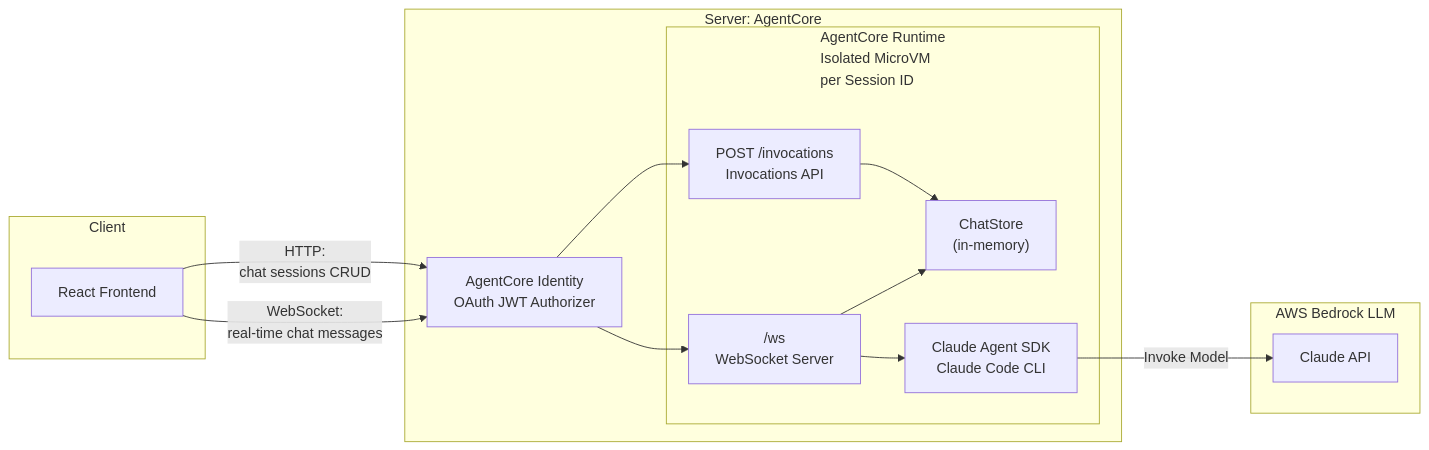
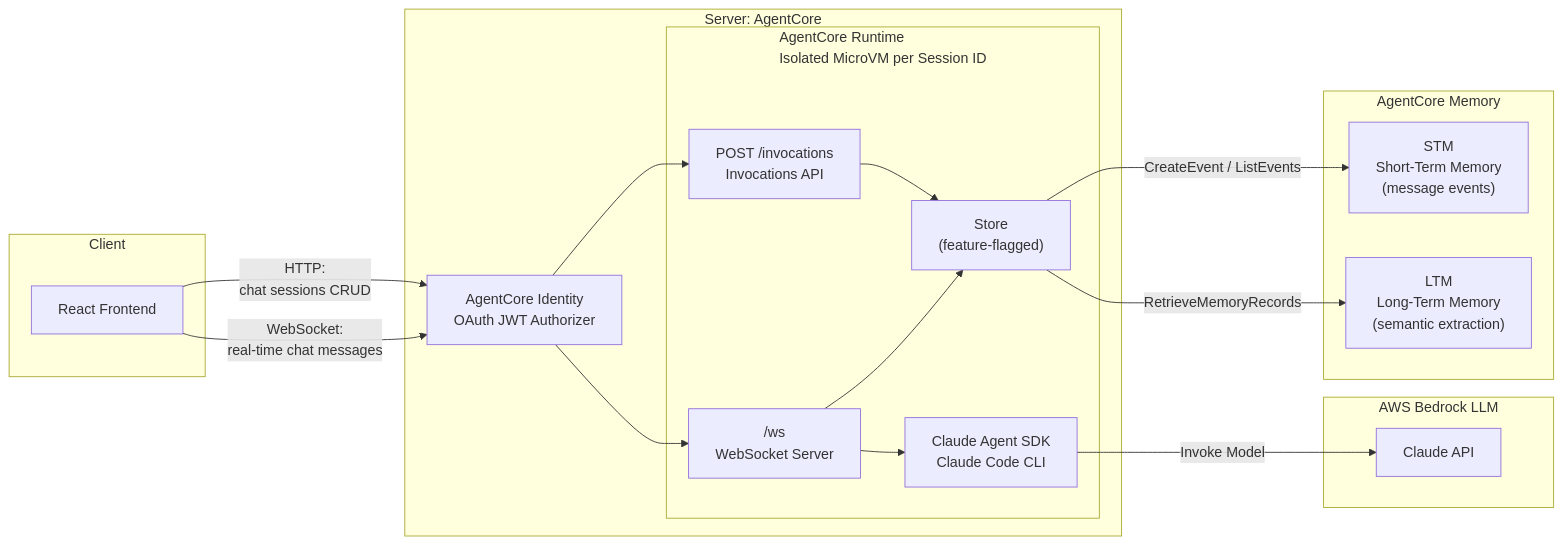
Before and after one commit to aws-samples/sample-AgentCore-make-Claude_Agent_SDK-production_ready: the diagram in README.md, drawn with Mermaid. The commit also changed other lines of this file and 8 other files, not shown here.

Commit message:
Optimize local chat store with AgentCore Memory short-term & long-term

````diff
--- a/README.md
+++ b/README.md
@@ -5,33 +5,40 @@
 ```mermaid
 graph LR
     subgraph client["Client"]
         Browser["React Frontend"]
     end
 
-    subgraph AgentCore["Server: AgentCore <br/>"]
+    subgraph AgentCore["Server: AgentCore"]
         Auth["AgentCore Identity<br/>OAuth JWT Authorizer"]
 
-        subgraph Container["AgentCore Runtime <br/>Isolated MicroVM <br/>per Session ID"]
+        subgraph Container["AgentCore Runtime<br/>Isolated MicroVM per Session ID"]
             invisible1[" "]
             invisible2[" "]
             Invocations["POST /invocations<br/>Invocations API"]
             WS["/ws<br/>WebSocket Server"]
-            Store["ChatStore<br/>(in-memory)"]
+            Store["Store<br/>(feature-flagged)"]
             SDK["Claude Agent SDK<br/>Claude Code CLI"]
             Invocations --> Store
             WS --> Store
             WS --> SDK
         end
         style invisible1 fill:none,stroke:none
         style invisible2 fill:none,stroke:none
     end
 
+    subgraph Memory["AgentCore Memory"]
+        STM["STM<br/>Short-Term Memory<br/>(message events)"]
+        LTM["LTM<br/>Long-Term Memory<br/>(semantic extraction)"]
+    end
+
     subgraph Bedrock["AWS Bedrock LLM"]
         Claude["Claude API"]
     end
 
     Browser -- "HTTP: <br/>chat sessions CRUD" --> Auth --> Invocations
     Browser -- "WebSocket: <br/>real-time chat messages" --> Auth
     Auth --> WS
+    Store -- "CreateEvent / ListEvents" --> STM
+    Store -- "RetrieveMemoryRecords" --> LTM
     SDK -- "Invoke Model" --> Claude
 ```
````
